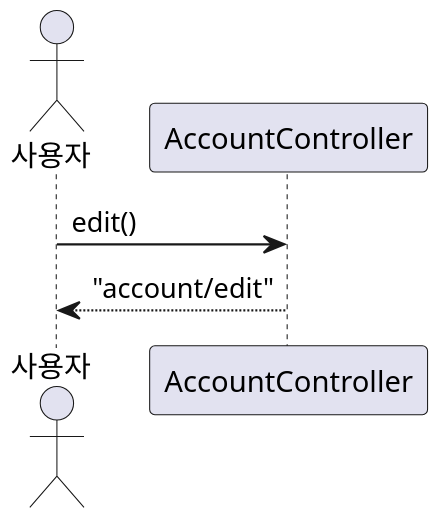
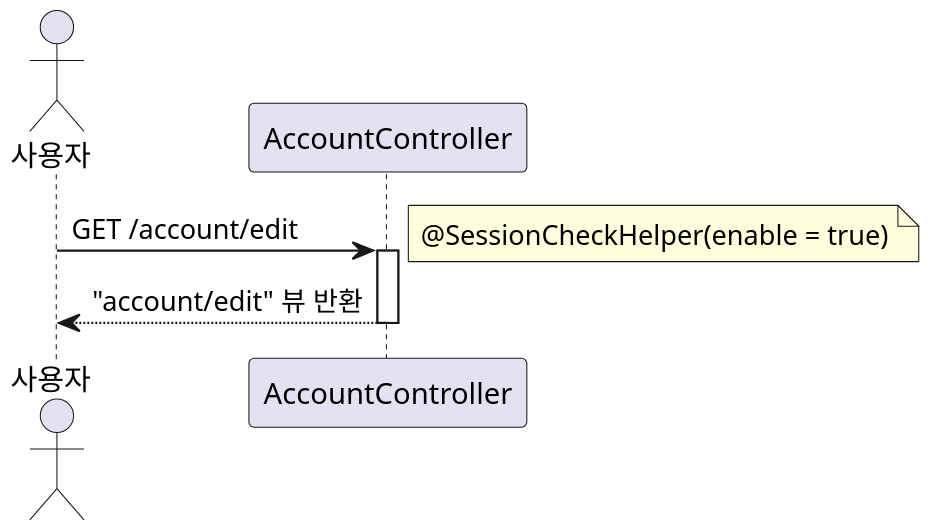
Before and after one commit to leekh4232/study-myshop: the diagram in uml/AccountController/edit_Sequence.puml, drawn with PlantUML. The commit also changed 144 other files, not shown here.

```diff
--- a/uml/AccountController/edit_Sequence.puml
+++ b/uml/AccountController/edit_Sequence.puml
@@ -1,8 +1,13 @@
 @startuml
 skinparam dpi 200
-actor 사용자
+
+actor Actor as "사용자"
 participant AccountController
 
-사용자 -> AccountController : edit()
-AccountController --> 사용자 : "account/edit"
+Actor -> AccountController: GET /account/edit
+activate AccountController
+note right: @SessionCheckHelper(enable = true)
+AccountController --> Actor: "account/edit" 뷰 반환
+deactivate AccountController
+
 @enduml
```
